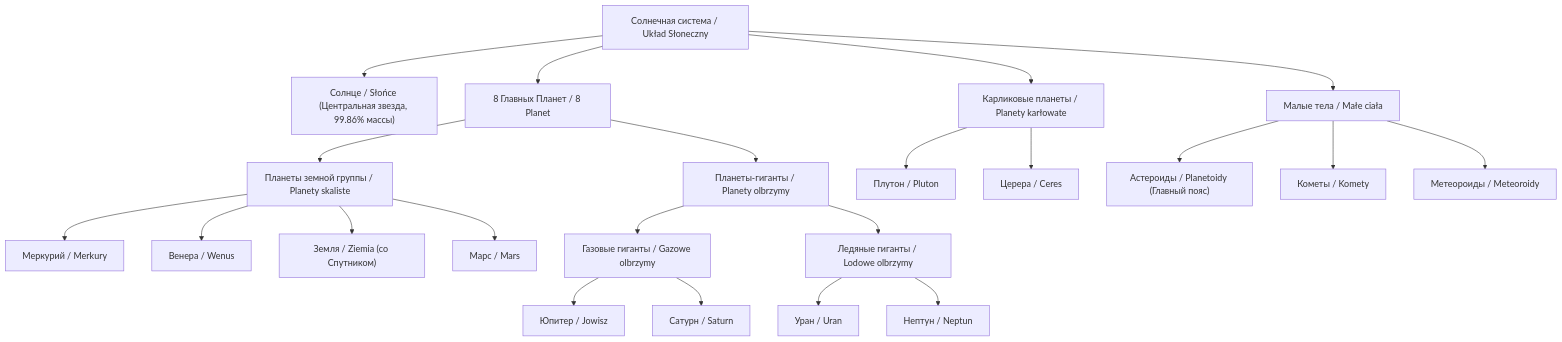
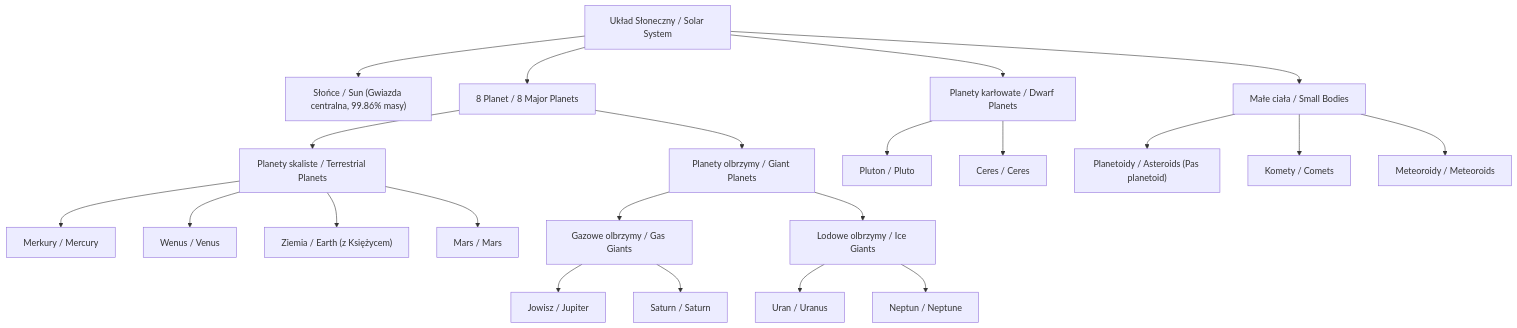
The first of 5 diagrams in Tema_01_Układ_Słoneczny_Ziemia_Księżyc.md (OksanaBukina/astronomia), drawn with Mermaid before and after one commit. The commit also changed other lines of this file and 1 other file, not shown here.

Commit message:
Refine textbook: exact solar mass digits, Polish diagram labels, math variables descriptions, move answers to Section 18

````diff
--- a/Tema_01_Układ_Słoneczny_Ziemia_Księżyc.md
+++ b/Tema_01_Układ_Słoneczny_Ziemia_Księżyc.md
@@ -44,30 +45,30 @@
 ```mermaid
 graph TD
-    SS["Солнечная система / Układ Słoneczny"] --> Sun["Солнце / Słońce (Центральная звезда, 99.86% массы)"]
-    SS --> Planets["8 Главных Планет / 8 Planet"]
-    SS --> Dwarf["Карликовые планеты / Planety karłowate"]
-    SS --> Small["Малые тела / Małe ciała"]
+    SS["Układ Słoneczny / Solar System"] --> Sun["Słońce / Sun (Gwiazda centralna, 99.86% masy)"]
+    SS --> Planets["8 Planet / 8 Major Planets"]
+    SS --> Dwarf["Planety karłowate / Dwarf Planets"]
+    SS --> Small["Małe ciała / Small Bodies"]
     
-    Planets --> Terrestrial["Планеты земной группы / Planety skaliste"]
-    Planets --> Giants["Планеты-гиганты / Planety olbrzymy"]
+    Planets --> Terrestrial["Planety skaliste / Terrestrial Planets"]
+    Planets --> Giants["Planety olbrzymy / Giant Planets"]
     
-    Terrestrial --> Mer["Меркурий / Merkury"]
-    Terrestrial --> Ven["Венера / Wenus"]
-    Terrestrial --> Ear["Земля / Ziemia (со Спутником)"]
-    Terrestrial --> Mar["Марс / Mars"]
+    Terrestrial --> Mer["Merkury / Mercury"]
+    Terrestrial --> Ven["Wenus / Venus"]
+    Terrestrial --> Ear["Ziemia / Earth (z Księżycem)"]
+    Terrestrial --> Mar["Mars / Mars"]
     
-    Giants --> Gas["Газовые гиганты / Gazowe olbrzymy"]
-    Giants --> Ice["Ледяные гиганты / Lodowe olbrzymy"]
+    Giants --> Gas["Gazowe olbrzymy / Gas Giants"]
+    Giants --> Ice["Lodowe olbrzymy / Ice Giants"]
     
-    Gas --> Jup["Юпитер / Jowisz"]
-    Gas --> Sat["Сатурн / Saturn"]
-    Ice --> Ura["Уран / Uran"]
-    Ice --> Nep["Нептун / Neptun"]
+    Gas --> Jup["Jowisz / Jupiter"]
+    Gas --> Sat["Saturn / Saturn"]
+    Ice --> Ura["Uran / Uranus"]
+    Ice --> Nep["Neptun / Neptune"]
     
-    Dwarf --> Plu["Плутон / Pluton"]
-    Dwarf --> Cer["Церера / Ceres"]
+    Dwarf --> Plu["Pluton / Pluto"]
+    Dwarf --> Cer["Ceres / Ceres"]
     
-    Small --> Ast["Астероиды / Planetoidy (Главный пояс)"]
-    Small --> Com["Кометы / Komety"]
-    Small --> Met["Метеороиды / Meteoroidy"]
+    Small --> Ast["Planetoidy / Asteroids (Pas planetoid)"]
+    Small --> Com["Komety / Comets"]
+    Small --> Met["Meteoroidy / Meteoroids"]
 ```
````
